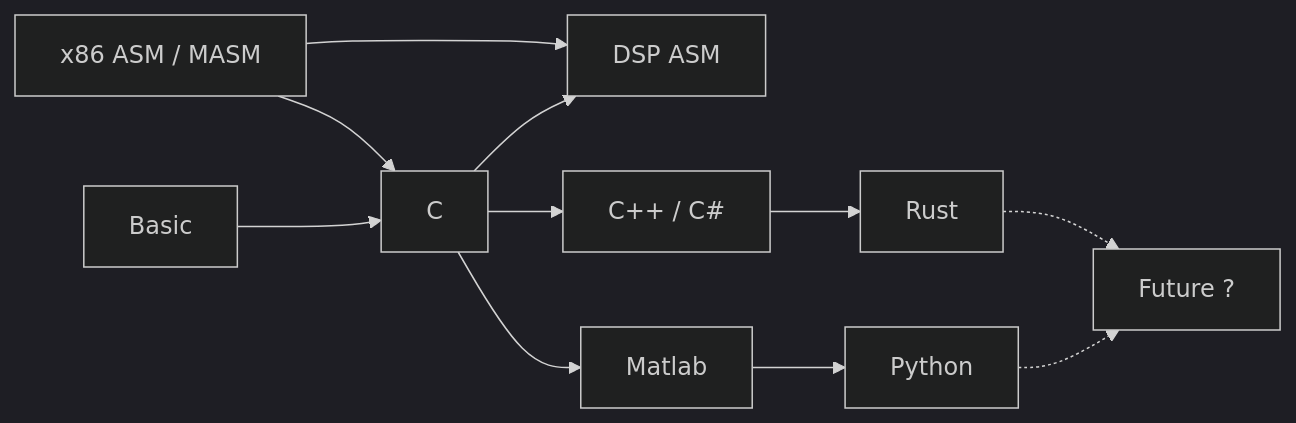
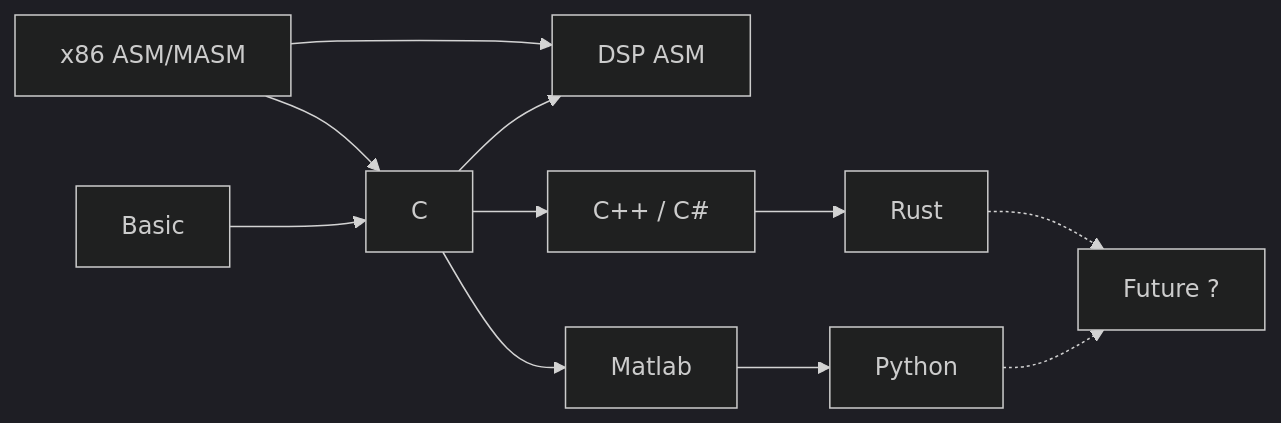
Before and after one commit to cod2colt/Cod2Colt: the first of 3 diagrams in README.md, drawn with Mermaid (dark theme). The commit also changed other lines of this file and 2 other files, not shown here.

Commit message:
Cod2Colt-0018:rust egui pop window
add egui pop window

````diff
--- a/README.md
+++ b/README.md
@@ -43,21 +44,21 @@
 ```mermaid
 flowchart LR
     0["Basic"]
-    A["x86 ASM / MASM"]
+    A["x86 ASM/MASM"]
     B["C"]
     C["DSP ASM"]
     D["C++ / C#"]
     E["Python"]
     F["Rust"]
     G["Matlab"]
     H["Future ?"]
 
     A --> C
     A --> B
     0 --> B 
     B --> D --> F -.-> H
     B --> C
     E -.-> H
     B --> G --> E
     
 ```
````
